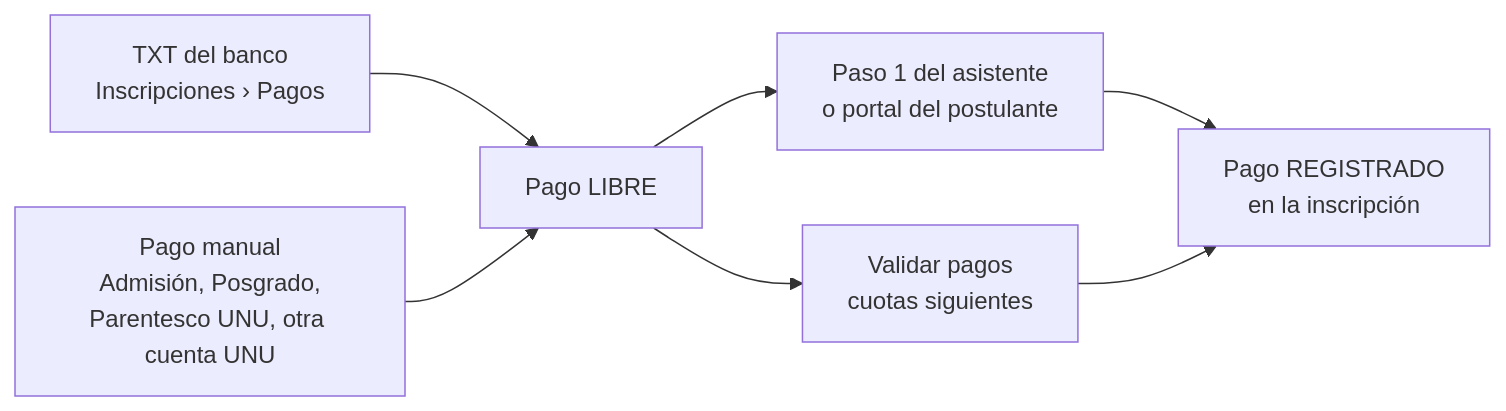
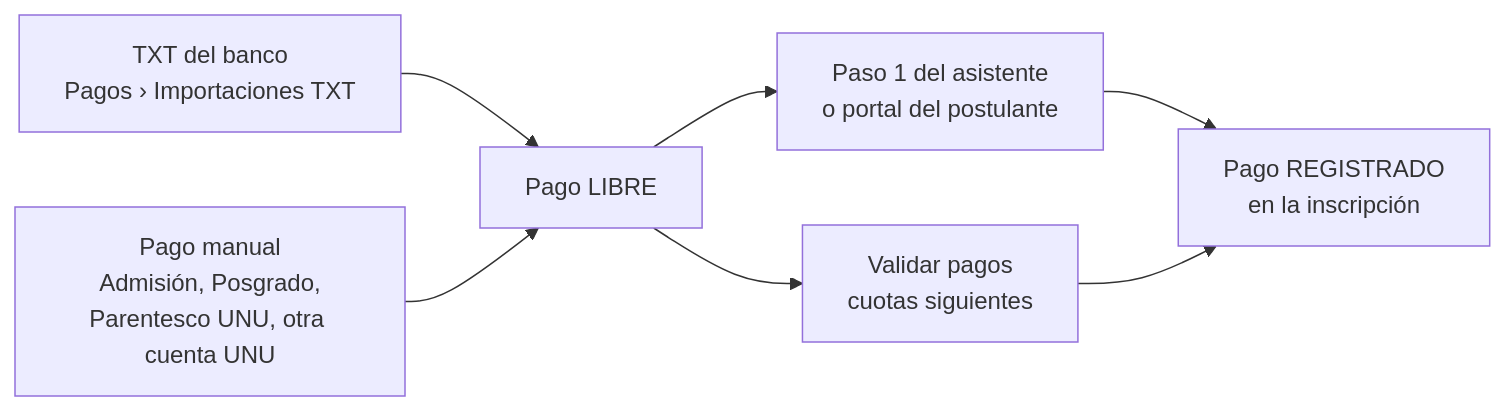
One commit to soujamt/cepre-unu changed the fourth of 12 diagrams in FLUJO_PROCESOS_CEPRE.md. Above: the diagram before and after it, drawn with Mermaid. The commit also changed other lines of this file and 3 other files, not shown here.

````diff
--- a/FLUJO_PROCESOS_CEPRE.md
+++ b/FLUJO_PROCESOS_CEPRE.md
@@ -168,9 +172,9 @@
 ```mermaid
 flowchart LR
-    A["TXT del banco<br/>Inscripciones › Pagos"] --> L["Pago LIBRE"]
+    A["TXT del banco<br/>Pagos › Importaciones TXT"] --> L["Pago LIBRE"]
     B["Pago manual<br/>Admisión, Posgrado,<br/>Parentesco UNU, otra cuenta UNU"] --> L
     L --> I["Paso 1 del asistente<br/>o portal del postulante"]
     I --> R["Pago REGISTRADO<br/>en la inscripción"]
     L --> V["Validar pagos<br/>cuotas siguientes"]
     V --> R
 ```
````
